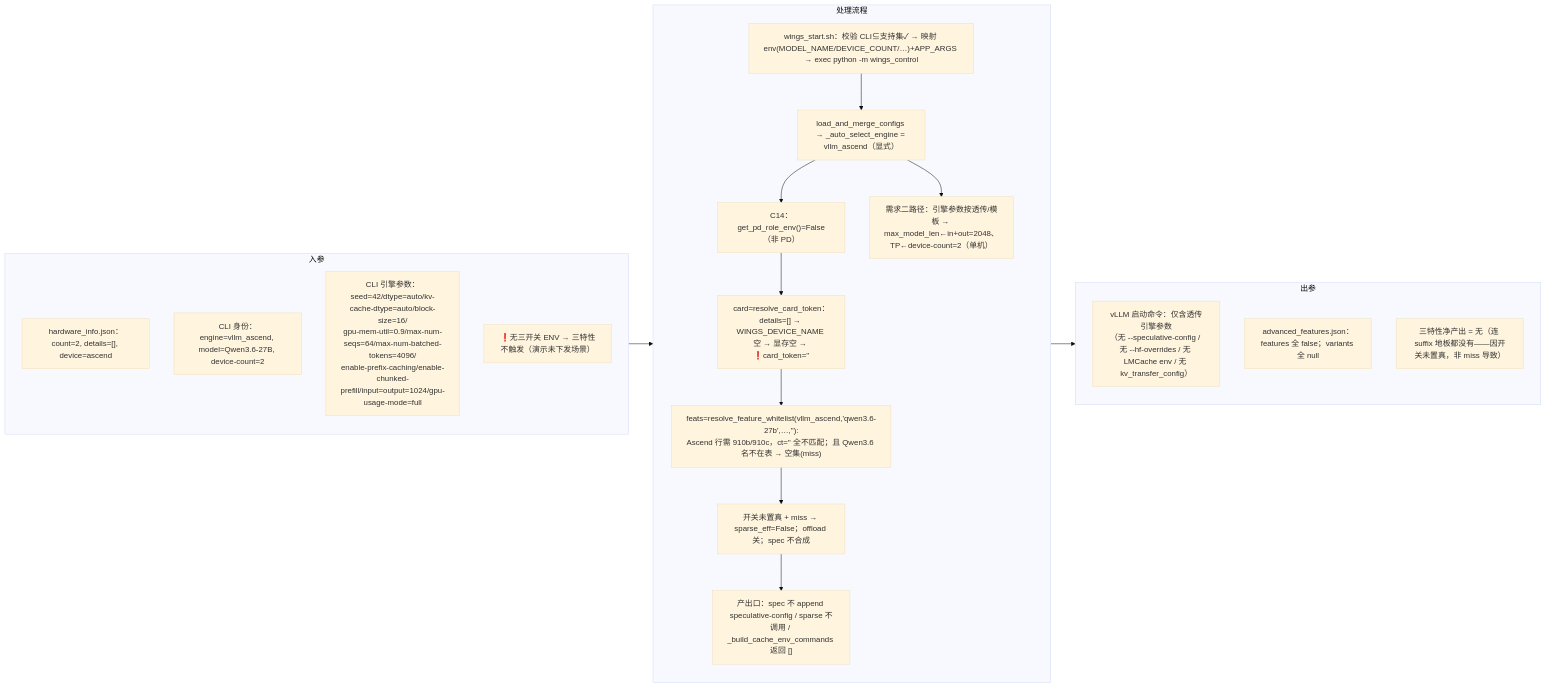
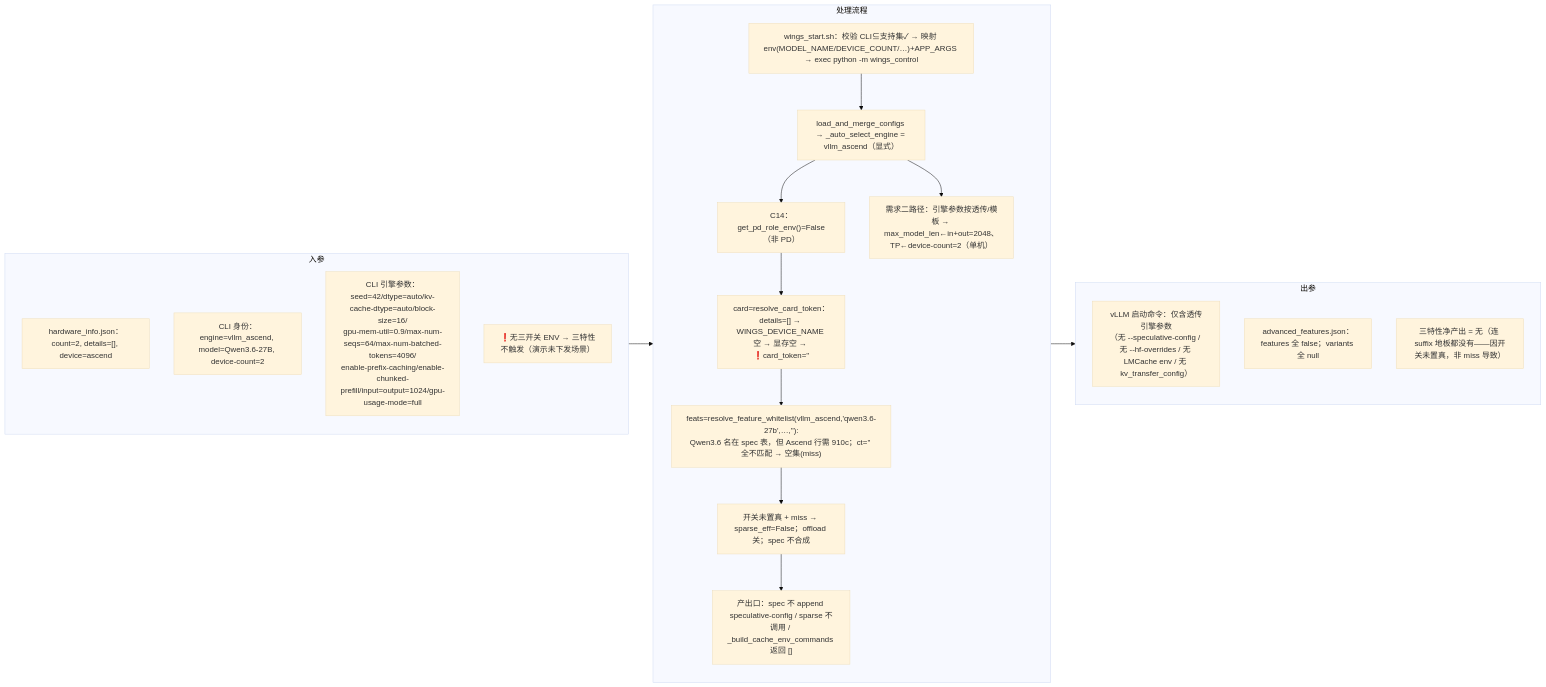
Diagram 15 of 18 in xuqiu/smart/需求一-三特性使能.md (thegodloy-jpg/wings-control), drawn with Mermaid (base theme) before and after one commit. The commit also changed other lines of this file and 4 other files, not shown here.

````diff
--- a/xuqiu/smart/需求一-三特性使能.md
+++ b/xuqiu/smart/需求一-三特性使能.md
@@ -1002,30 +1002,30 @@
 ```mermaid
 flowchart LR
   subgraph IN["入参"]
     direction TB
     I1["hardware_info.json：count=2, details=[], device=ascend"]
     I2["CLI 身份：engine=vllm_ascend, model=Qwen3.6-27B, device-count=2"]
     I3["CLI 引擎参数：seed=42/dtype=auto/kv-cache-dtype=auto/block-size=16/<br/>gpu-mem-util=0.9/max-num-seqs=64/max-num-batched-tokens=4096/<br/>enable-prefix-caching/enable-chunked-prefill/input=output=1024/gpu-usage-mode=full"]
     I4["❗无三开关 ENV → 三特性不触发（演示未下发场景）"]
   end
   subgraph EXEC["处理流程"]
     direction TB
     X1["wings_start.sh：校验 CLI⊆支持集✓ → 映射 env(MODEL_NAME/DEVICE_COUNT/…)+APP_ARGS → exec python -m wings_control"]
     X2["load_and_merge_configs → _auto_select_engine = vllm_ascend（显式）"]
     X3["C14：get_pd_role_env()=False（非 PD）"]
     X4["card=resolve_card_token：details=[] → WINGS_DEVICE_NAME 空 → 显存空 → ❗card_token=''"]
-    X5["feats=resolve_feature_whitelist(vllm_ascend,'qwen3.6-27b',…,''):<br/>Ascend 行需 910b/910c，ct='' 全不匹配；且 Qwen3.6 名不在表 → 空集(miss)"]
+    X5["feats=resolve_feature_whitelist(vllm_ascend,'qwen3.6-27b',…,''):<br/>Qwen3.6 名在 spec 表，但 Ascend 行需 910c；ct='' 全不匹配 → 空集(miss)"]
     X6["开关未置真 + miss → sparse_eff=False；offload 关；spec 不合成"]
     X7["产出口：spec 不 append speculative-config / sparse 不调用 / _build_cache_env_commands 返回 []"]
     X8["需求二路径：引擎参数按透传/模板 → max_model_len←in+out=2048、TP←device-count=2（单机）"]
     X1 --> X2 --> X3 --> X4 --> X5 --> X6 --> X7
     X2 --> X8
   end
   subgraph OUT["出参"]
     direction TB
     O1["vLLM 启动命令：仅含透传引擎参数<br/>（无 --speculative-config / 无 --hf-overrides / 无 LMCache env / 无 kv_transfer_config）"]
     O2["advanced_features.json：features 全 false；variants 全 null"]
     O3["三特性净产出 = 无（连 suffix 地板都没有——因开关未置真，非 miss 导致）"]
   end
   IN --> EXEC --> OUT
 ```
````
